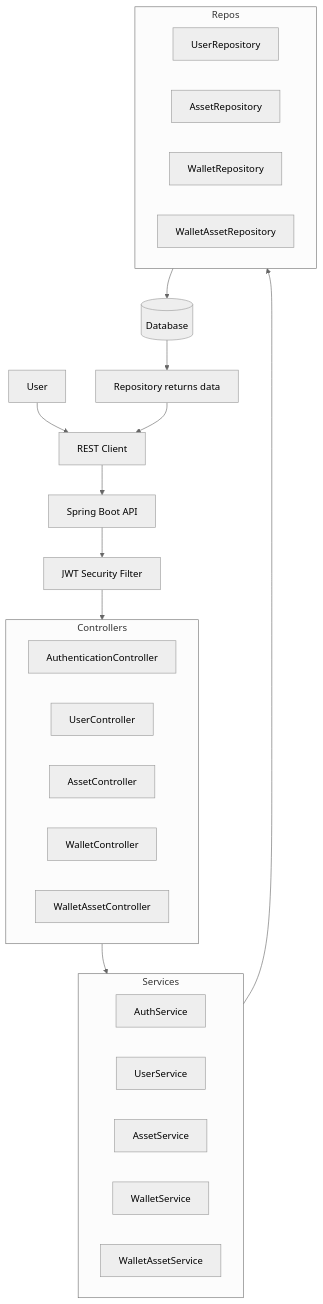
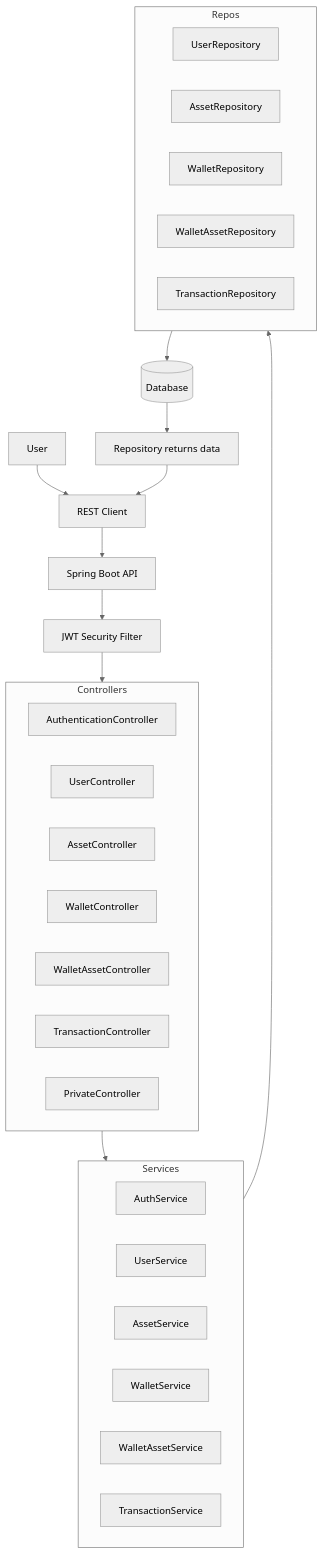
One commit to Guimeb/Java-API changed the second of 2 diagrams in README.md. Above: the diagram before and after it, drawn with Mermaid (neutral theme). The commit also changed other lines of this file and 16 other files, not shown here.

````diff
--- a/README.md
+++ b/README.md
@@ -237,47 +286,51 @@
 ```mermaid
 flowchart TD
     %% --------- CLIENT ----------
     U[User] --> Client[REST Client]
 
     %% --------- API ENTRY ----------
     Client --> API["Spring Boot API"]
 
     %% --------- SECURITY ----------
     API --> JWTSec[JWT Security Filter]
 
     %% --------- CONTROLLERS ----------
     JWTSec --> Controllers
     subgraph Controllers
         AuthC[AuthenticationController]
         UserC[UserController]
         AssetC[AssetController]
         WalletC[WalletController]
         WAController[WalletAssetController]
+        TxC[TransactionController]
+        PrivateC[PrivateController]
     end
 
     %% --------- SERVICES ----------
     Controllers --> Services
     subgraph Services
         AuthS[AuthService]
         UserS[UserService]
         AssetS[AssetService]
         WalletS[WalletService]
         WASvc[WalletAssetService]
+        TxSvc[TransactionService]
     end
 
     %% --------- REPOSITORIES ----------
     Services --> Repos
     subgraph Repos
         UserRepo[UserRepository]
         AssetRepo[AssetRepository]
         WalletRepo[WalletRepository]
         WalletAssetRepo[WalletAssetRepository]
+        TxRepo[TransactionRepository]
     end
 
     %% --------- DATABASE ----------
     Repos --> DB[(Database)]
 
     %% --------- RESPONSE ----------
     DB --> Response[Repository returns data]
     Response --> Client
 ```
````
